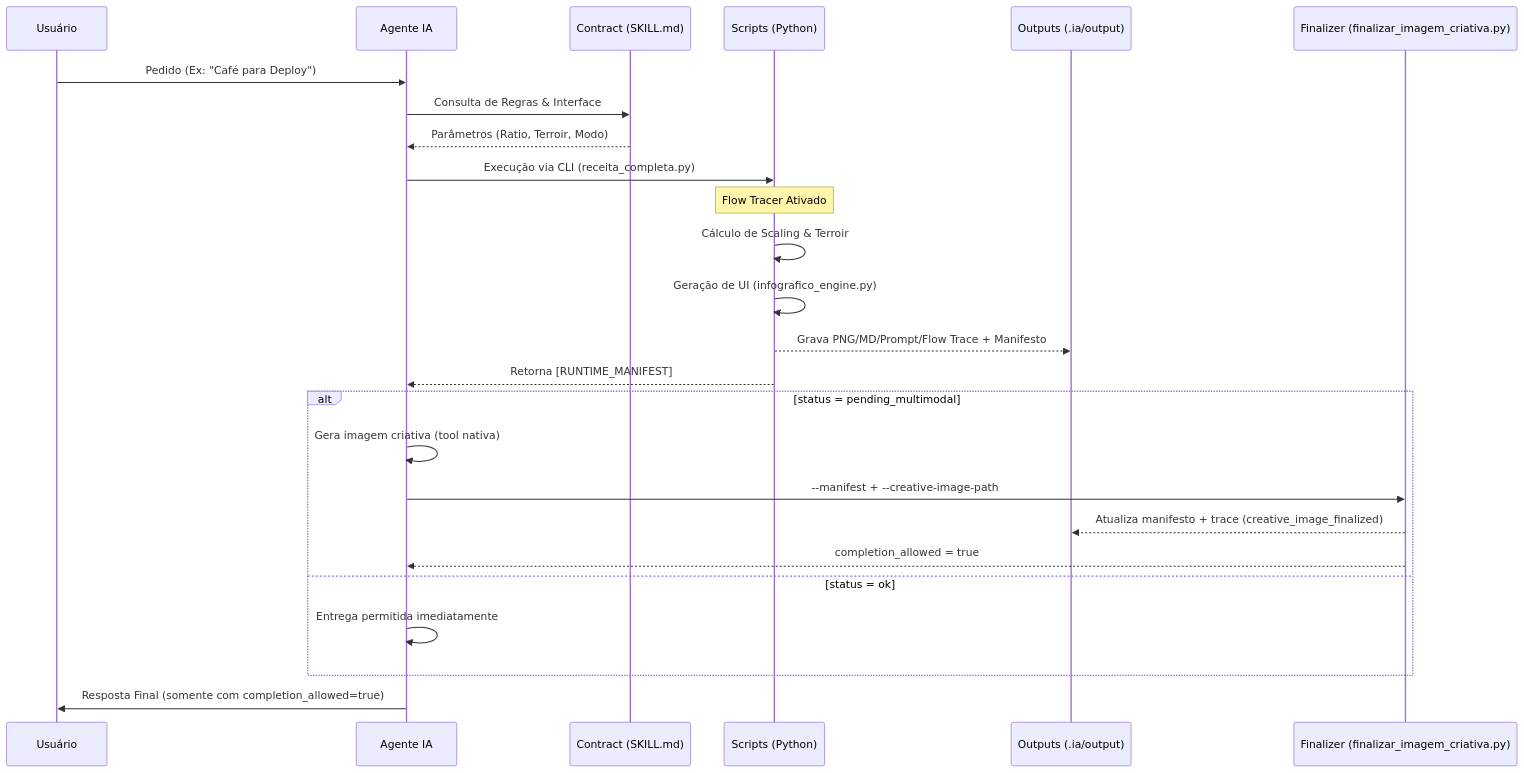
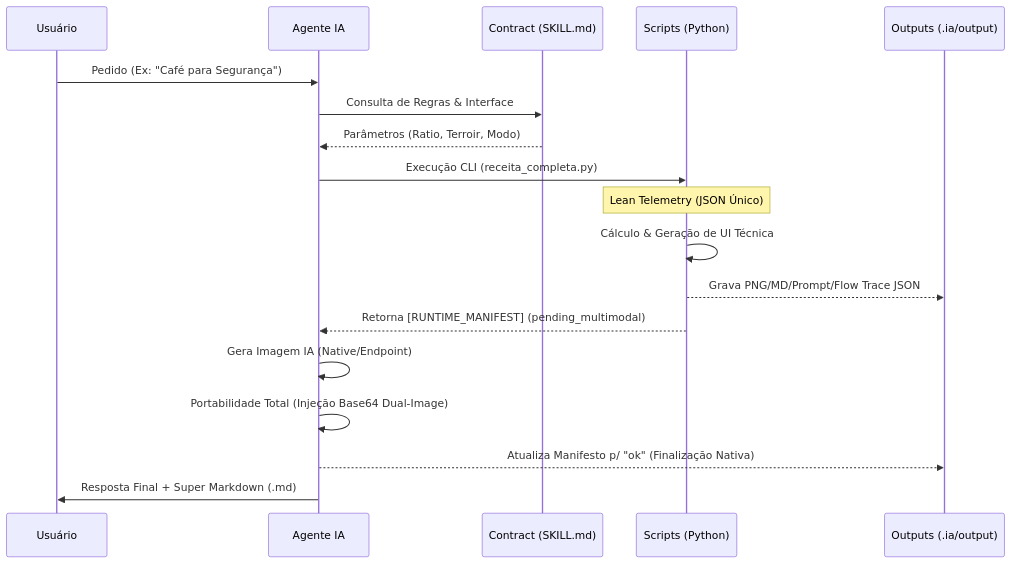
One commit to malvesro/cafe-skill changed the first of 2 diagrams in README.md. Above: the diagram before and after it, drawn with Mermaid. The commit also changed other lines of this file and 2 other files, not shown here.

Commit message:
docs(arch): 📚 update documentation to v5.0 sênior standard with mermaid diagrams

````diff
--- a/README.md
+++ b/README.md
@@ -14,28 +14,21 @@
 ```mermaid
 sequenceDiagram
     participant U as Usuário
     participant A as Agente IA
     participant C as Contract (SKILL.md)
     participant S as Scripts (Python)
     participant O as Outputs (.ia/output)
-    participant F as Finalizer (finalizar_imagem_criativa.py)
 
-    U->>A: Pedido (Ex: "Café para Deploy")
+    U->>A: Pedido (Ex: "Café para Segurança")
     A->>C: Consulta de Regras & Interface
     C-->>A: Parâmetros (Ratio, Terroir, Modo)
-    A->>S: Execução via CLI (receita_completa.py)
-    Note over S: Flow Tracer Ativado
-    S->>S: Cálculo de Scaling & Terroir
-    S->>S: Geração de UI (infografico_engine.py)
-    S-->>O: Grava PNG/MD/Prompt/Flow Trace + Manifesto
-    S-->>A: Retorna [RUNTIME_MANIFEST]
-    alt status = pending_multimodal
-        A->>A: Gera imagem criativa (tool nativa)
-        A->>F: --manifest + --creative-image-path
-        F-->>O: Atualiza manifesto + trace (creative_image_finalized)
-        F-->>A: completion_allowed = true
-    else status = ok
-        A->>A: Entrega permitida imediatamente
-    end
-    A->>U: Resposta Final (somente com completion_allowed=true)
+    A->>S: Execução CLI (receita_completa.py)
+    Note over S: Lean Telemetry (JSON Único)
+    S->>S: Cálculo & Geração de UI Técnica
+    S-->>O: Grava PNG/MD/Prompt/Flow Trace JSON
+    S-->>A: Retorna [RUNTIME_MANIFEST] (pending_multimodal)
+    A->>A: Gera Imagem IA (Native/Endpoint)
+    A->>A: Portabilidade Total (Injeção Base64 Dual-Image)
+    A-->>O: Atualiza Manifesto p/ "ok" (Finalização Nativa)
+    A->>U: Resposta Final + Super Markdown (.md)
 ```
````
